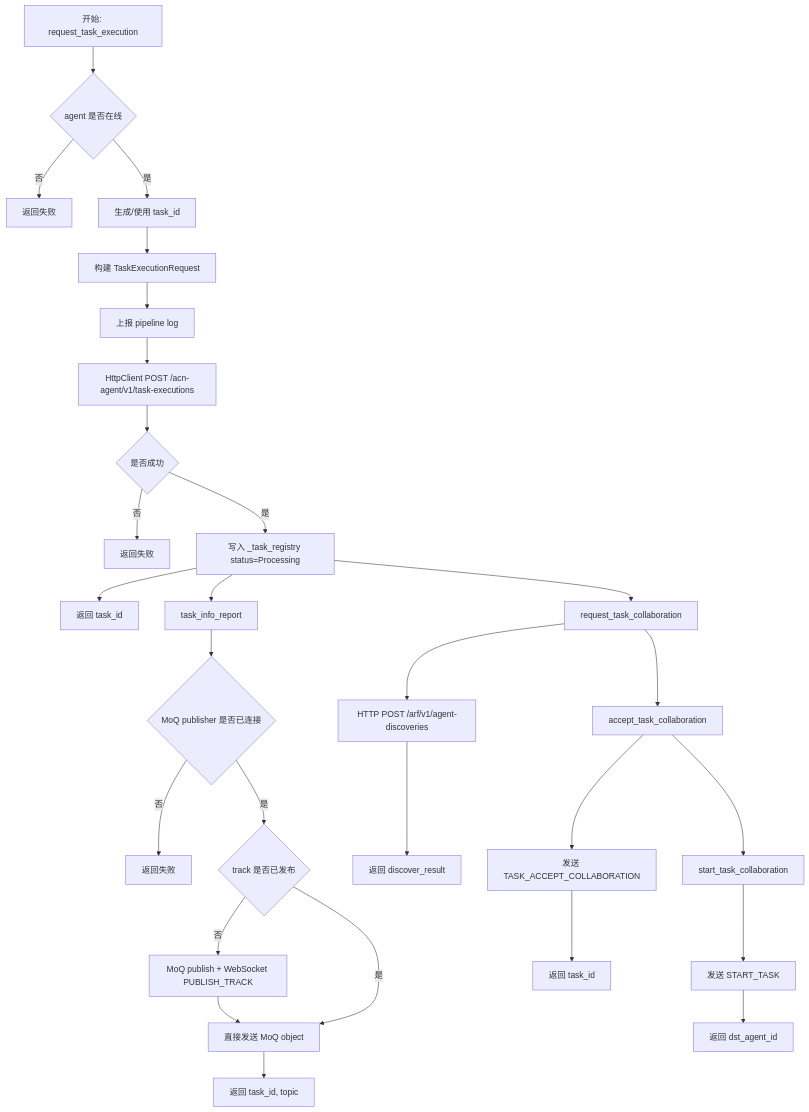
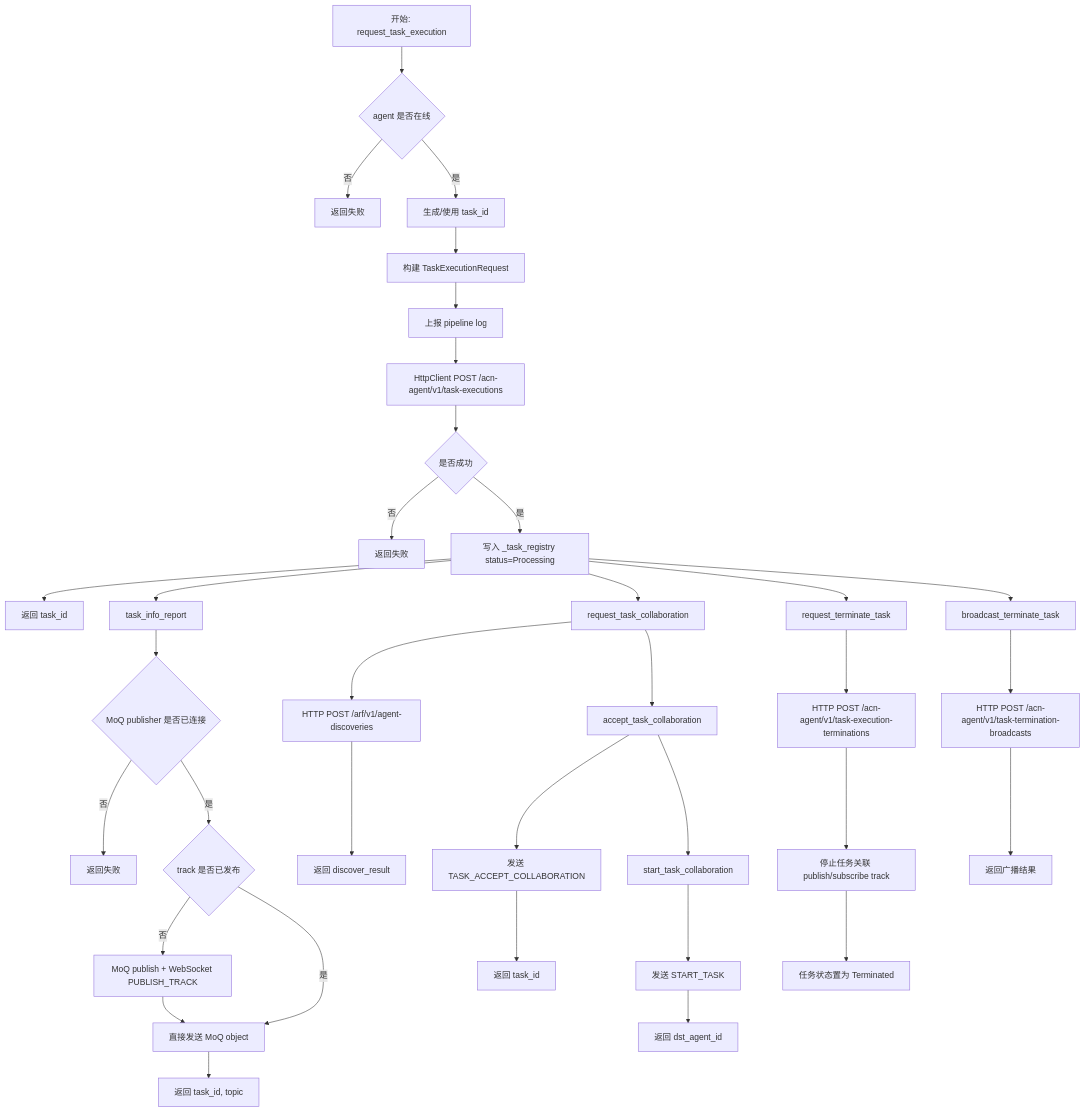
Before and after one commit to acore2026/acn_sdk: the fifth of 10 diagrams in docs/ACN_SDK_软件模块设计书.md, drawn with Mermaid. The commit also changed other lines of this file and 2 other files, not shown here.

````diff
--- a/docs/ACN_SDK_软件模块设计书.md
+++ b/docs/ACN_SDK_软件模块设计书.md
@@ -609,34 +627,43 @@
 ```mermaid
 flowchart TD
     A[开始: request_task_execution] --> B{agent 是否在线}
     B -- 否 --> X[返回失败]
     B -- 是 --> C[生成/使用 task_id]
     C --> D[构建 TaskExecutionRequest]
     D --> E[上报 pipeline log]
     E --> F[HttpClient POST /acn-agent/v1/task-executions]
     F --> G{是否成功}
     G -- 否 --> H[返回失败]
     G -- 是 --> I[写入 _task_registry status=Processing]
     I --> J[返回 task_id]
 
     I --> K[task_info_report]
     K --> L{MoQ publisher 是否已连接}
     L -- 否 --> L1[返回失败]
     L -- 是 --> M{track 是否已发布}
     M -- 否 --> N[MoQ publish + WebSocket PUBLISH_TRACK]
     M -- 是 --> O[直接发送 MoQ object]
     N --> O
     O --> P[返回 task_id, topic]
 
     I --> Q[request_task_collaboration]
     Q --> R[HTTP POST /arf/v1/agent-discoveries]
     R --> S[返回 discover_result]
 
     Q --> T[accept_task_collaboration]
     T --> U[发送 TASK_ACCEPT_COLLABORATION]
     U --> V[返回 task_id]
 
     T --> W[start_task_collaboration]
     W --> X2[发送 START_TASK]
     X2 --> Y[返回 dst_agent_id]
+
+    I --> Z[request_terminate_task]
+    Z --> Z1[HTTP POST /acn-agent/v1/task-execution-terminations]
+    Z1 --> Z2[停止任务关联 publish/subscribe track]
+    Z2 --> Z3[任务状态置为 Terminated]
+
+    I --> B1[broadcast_terminate_task]
+    B1 --> B2[HTTP POST /acn-agent/v1/task-termination-broadcasts]
+    B2 --> B3[返回广播结果]
 ```
````
